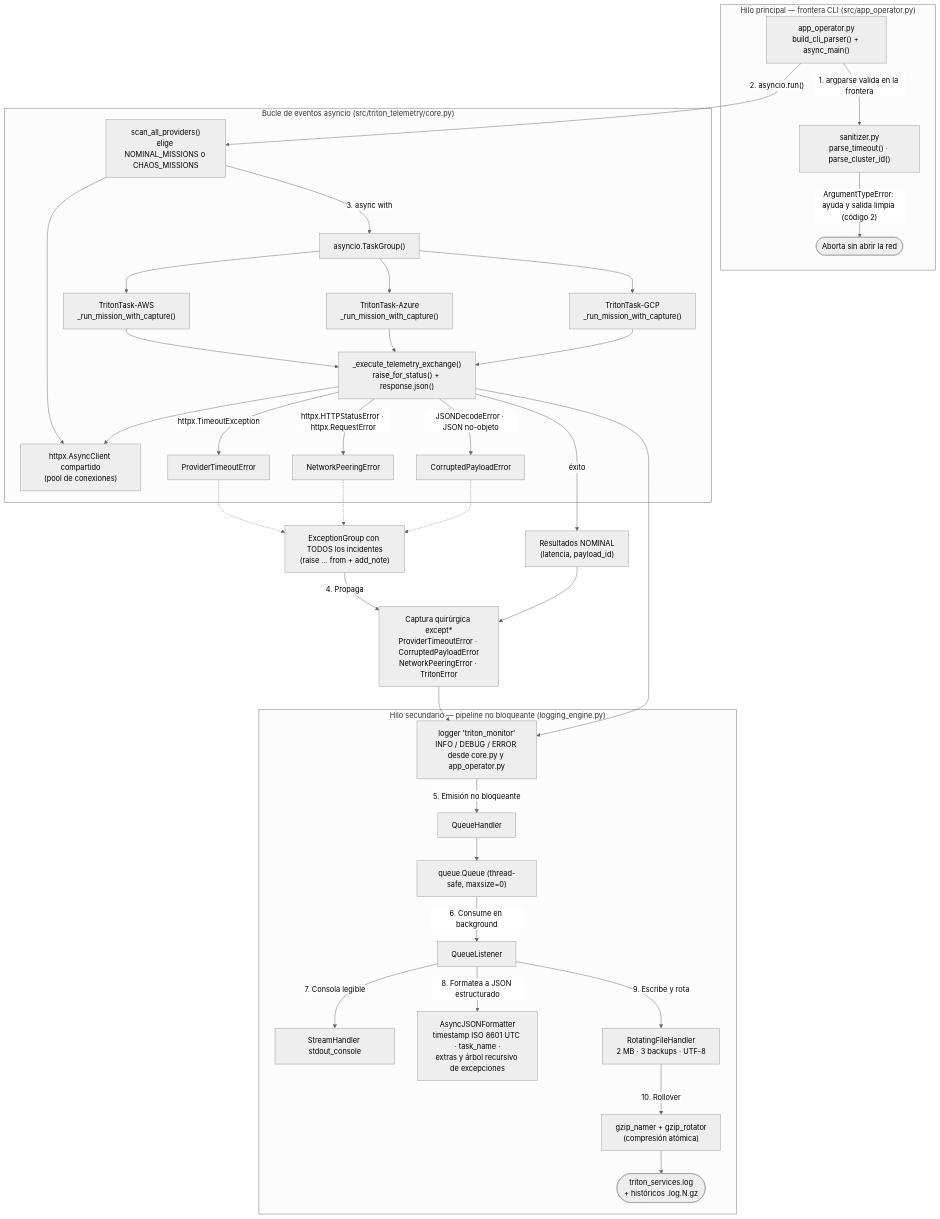
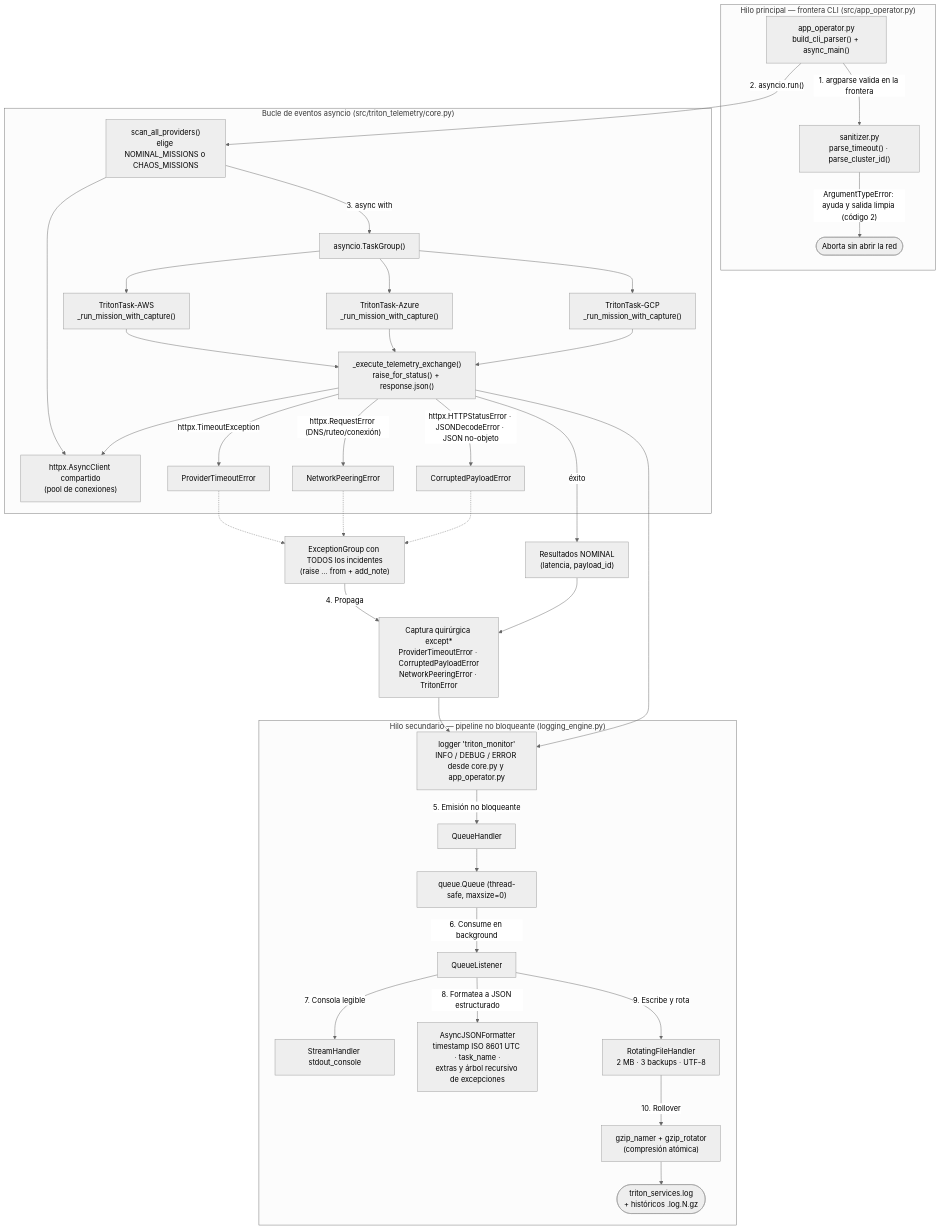
The diagram in README.md (No-Py-No-gain/triton_monitor), drawn with Mermaid (neutral theme) before and after one commit. The commit also changed other lines of this file, not shown here.

````diff
--- a/README.md
+++ b/README.md
@@ -11,54 +11,54 @@
 ```mermaid
 flowchart TD
     subgraph CLI["Hilo principal — frontera CLI (src/app_operator.py)"]
         A["app_operator.py<br/>build_cli_parser() + async_main()"]
         B["sanitizer.py<br/>parse_timeout() · parse_cluster_id()"]
         A -->|"1. argparse valida en la frontera"| B
         B -->|"ArgumentTypeError: ayuda y salida limpia (código 2)"| X(["Aborta sin abrir la red"])
     end
 
     A -->|"2. asyncio.run()"| C
 
     subgraph LOOP["Bucle de eventos asyncio (src/triton_telemetry/core.py)"]
         C["scan_all_providers()<br/>elige NOMINAL_MISSIONS o CHAOS_MISSIONS"]
         C -->|"3. async with"| TG["asyncio.TaskGroup()"]
         C --> CL["httpx.AsyncClient compartido<br/>(pool de conexiones)"]
         TG --> T1["TritonTask-AWS<br/>_run_mission_with_capture()"]
         TG --> T2["TritonTask-Azure<br/>_run_mission_with_capture()"]
         TG --> T3["TritonTask-GCP<br/>_run_mission_with_capture()"]
         T1 --> EX["_execute_telemetry_exchange()<br/>raise_for_status() + response.json()"]
         T2 --> EX
         T3 --> EX
         EX --> CL
         EX -->|"httpx.TimeoutException"| E1["ProviderTimeoutError"]
-        EX -->|"httpx.HTTPStatusError · httpx.RequestError"| E2["NetworkPeeringError"]
-        EX -->|"JSONDecodeError · JSON no-objeto"| E3["CorruptedPayloadError"]
+        EX -->|"httpx.RequestError (DNS/ruteo/conexión)"| E2["NetworkPeeringError"]
+        EX -->|"httpx.HTTPStatusError · JSONDecodeError · JSON no-objeto"| E3["CorruptedPayloadError"]
     end
 
     EG["ExceptionGroup con TODOS los incidentes<br/>(raise ... from + add_note)"]
     E1 -.-> EG
     E2 -.-> EG
     E3 -.-> EG
     EX -->|"éxito"| RES["Resultados NOMINAL<br/>(latencia, payload_id)"]
     EG -->|"4. Propaga"| CAP
     RES --> CAP
     CAP["Captura quirúrgica except*<br/>ProviderTimeoutError · CorruptedPayloadError<br/>NetworkPeeringError · TritonError"]
 
     CAP --> LG
     EX --> LG
 
     subgraph LOGGING["Hilo secundario — pipeline no bloqueante (logging_engine.py)"]
         LG["logger 'triton_monitor'<br/>INFO / DEBUG / ERROR desde core.py y app_operator.py"]
         QH["QueueHandler"]
         Q["queue.Queue (thread-safe, maxsize=0)"]
         QL["QueueListener"]
         LG -->|"5. Emisión no bloqueante"| QH
         QH --> Q
         Q -->|"6. Consume en background"| QL
         QL -->|"7. Consola legible"| CON["StreamHandler stdout_console"]
         QL -->|"8. Formatea a JSON estructurado"| FMT["AsyncJSONFormatter<br/>timestamp ISO 8601 UTC · task_name ·<br/>extras y árbol recursivo de excepciones"]
         QL -->|"9. Escribe y rota"| RFH["RotatingFileHandler<br/>2 MB · 3 backups · UTF-8"]
         RFH -->|"10. Rollover"| GZ["gzip_namer + gzip_rotator<br/>(compresión atómica)"]
         GZ --> LOGF(["triton_services.log<br/>+ históricos .log.N.gz"])
     end
 ```
````
